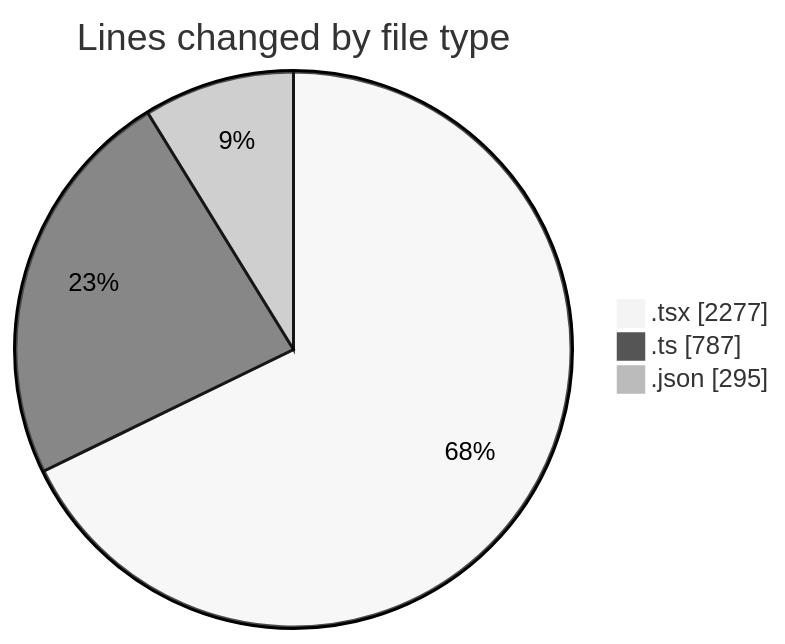
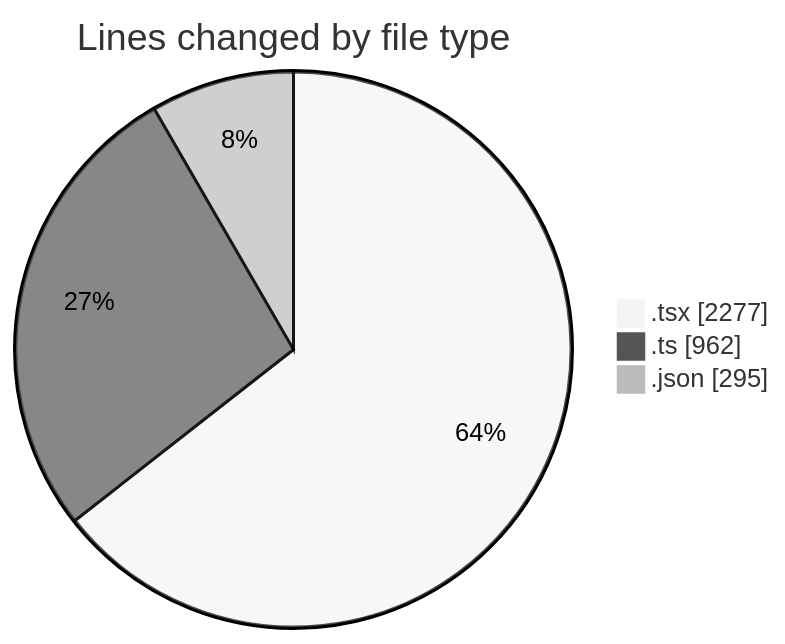
Before and after one commit to julien-gomy/code-tracking: the first of 2 diagrams in 2025-10-09/eventscop-frontend-guide__workspace_/README.md, drawn with Mermaid (neutral theme). The commit also changed other lines of this file and 1 other file, not shown here.

````diff
--- a/2025-10-09/eventscop-frontend-guide__workspace_/README.md
+++ b/2025-10-09/eventscop-frontend-guide__workspace_/README.md
@@ -38,7 +39,7 @@
 ```mermaid
 pie showData
 title Lines changed by file type
 ".tsx" : 2277
-".ts" : 787
+".ts" : 962
 ".json" : 295
 ```
````
